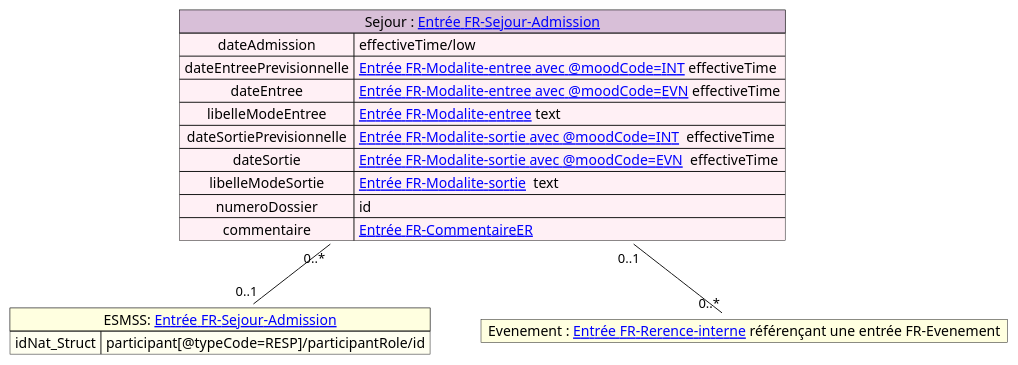
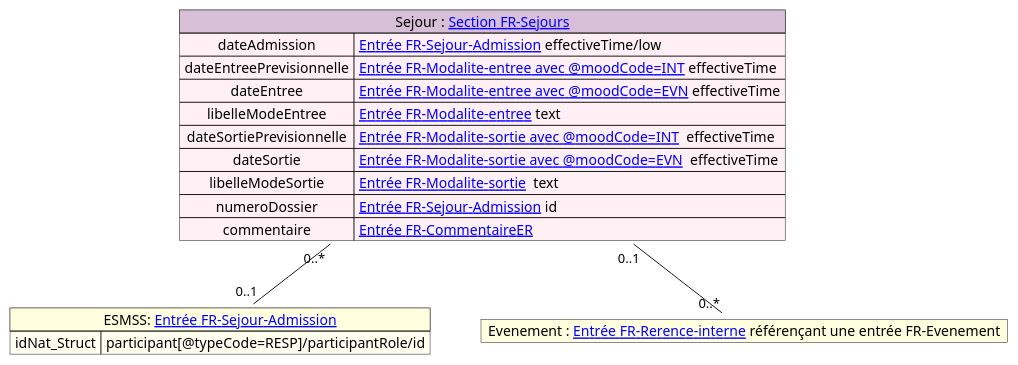
One commit to ansforge/IG-fhir-transfert-donnees-dui-esms changed the diagram in input/images-source/mapping_sejour.plantuml. Above: the diagram before and after it, drawn with PlantUML. The commit also changed 3 other files, not shown here.

```diff
--- a/input/images-source/mapping_sejour.plantuml
+++ b/input/images-source/mapping_sejour.plantuml
@@ -1,28 +1,28 @@
 @startuml
 
 
-map "Sejour : [[contenu_dossier_corps_cda.html Entrée FR-Sejour-Admission]]" as Sejour #back:LavenderBlush;header:Thistle{
-    dateAdmission => effectiveTime/low
+map "Sejour : [[contenu_dossier_corps_cda.html Section FR-Sejours]]" as Sejour #back:LavenderBlush;header:Thistle{
+    dateAdmission => [[contenu_dossier_corps_cda.html Entrée FR-Sejour-Admission]] effectiveTime/low
     dateEntreePrevisionnelle => [[contenu_dossier_corps_cda.html Entrée FR-Modalite-entree avec @moodCode=INT]] effectiveTime
     dateEntree => [[contenu_dossier_corps_cda.html Entrée FR-Modalite-entree avec @moodCode=EVN]] effectiveTime
     libelleModeEntree => [[contenu_dossier_corps_cda.html Entrée FR-Modalite-entree]] text
     dateSortiePrevisionnelle => [[contenu_dossier_corps_cda.html Entrée FR-Modalite-sortie avec @moodCode=INT]]  effectiveTime
     dateSortie => [[contenu_dossier_corps_cda.html Entrée FR-Modalite-sortie avec @moodCode=EVN]]  effectiveTime
     libelleModeSortie => [[contenu_dossier_corps_cda.html Entrée FR-Modalite-sortie]]  text
-    numeroDossier => id
+    numeroDossier => [[contenu_dossier_corps_cda.html Entrée FR-Sejour-Admission]] id
     commentaire => [[contenu_dossier_corps_cda.html Entrée FR-CommentaireER]]
 }
 
 
 map "ESMSS: [[contenu_dossier_corps_cda.html Entrée FR-Sejour-Admission]]" as ESSMS #back:Ivory;header:LightYellow {
     idNat_Struct => participant[@typeCode=RESP]/participantRole/id
 }
 
 map "Evenement : [[contenu_dossier_corps_cda.html Entrée FR-Rerence-interne]] référençant une entrée FR-Evenement" as Evenement #back:LightYellow;header:LightYellow{
 }
 
 Sejour "0..*" -- "0..1" ESSMS
 Sejour "0..1"--"0..*" Evenement
 
 
 @enduml
```
